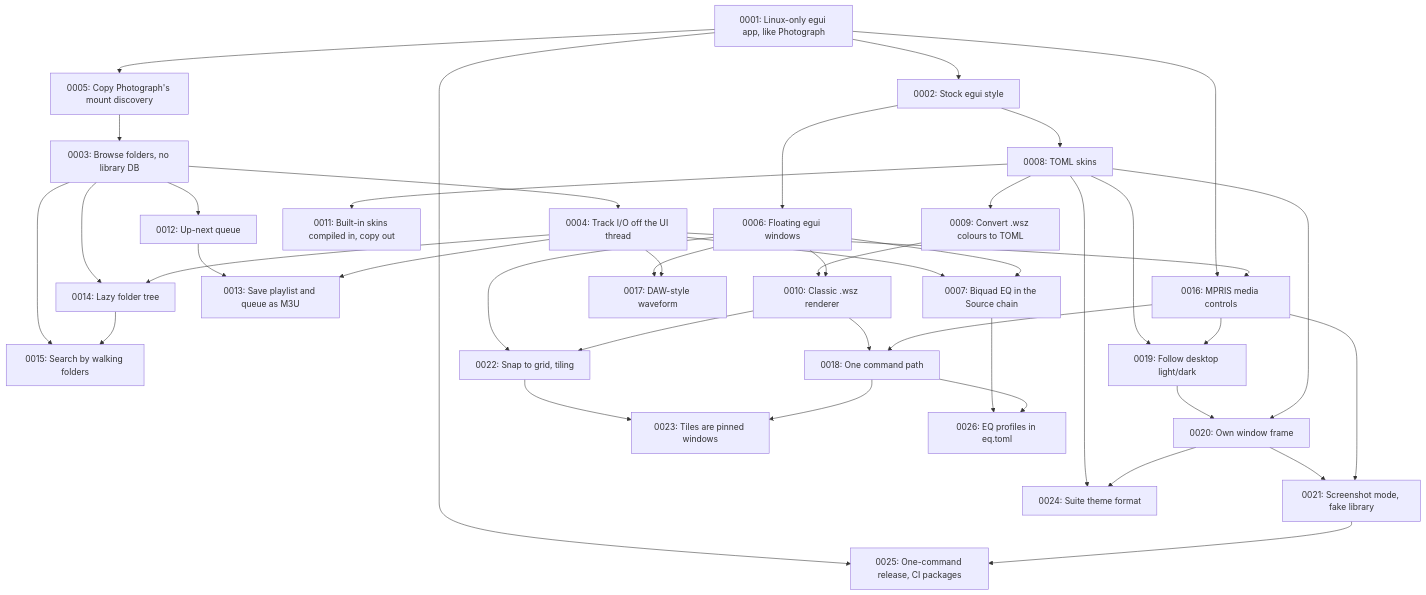
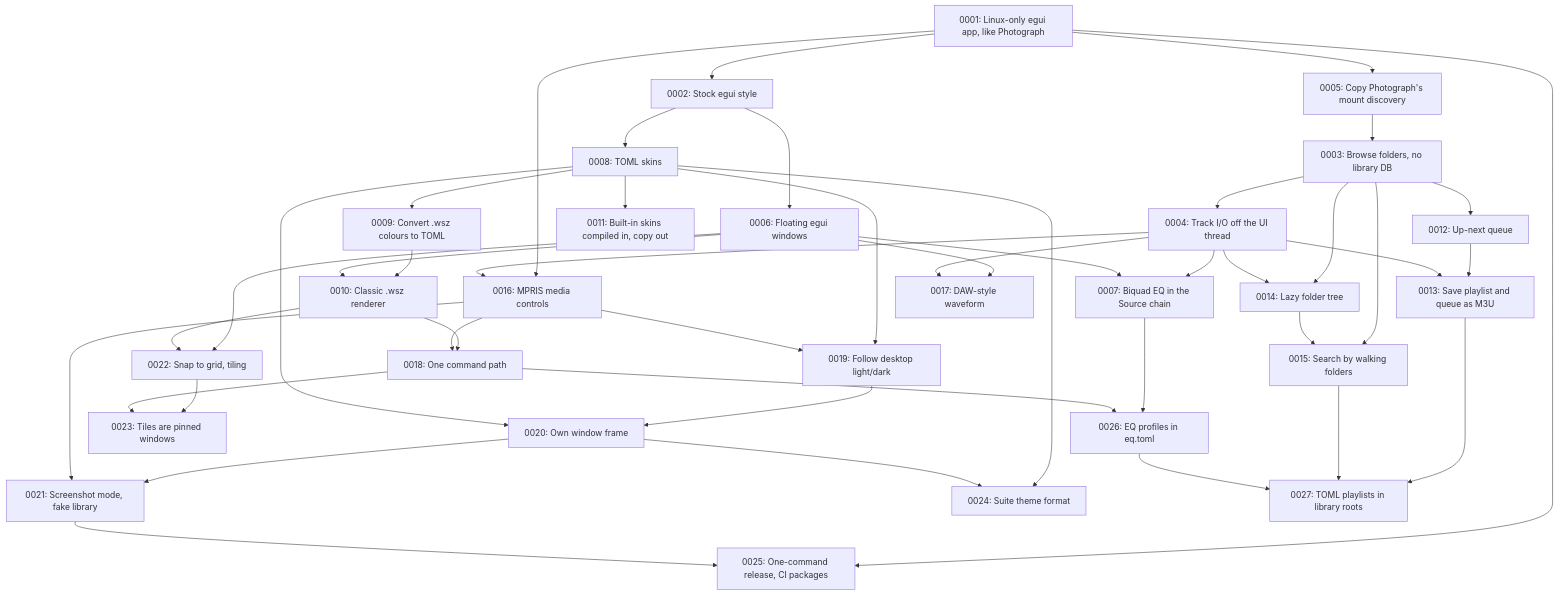
Before and after one commit to divanvisagie/UnAmp: the diagram in docs/adr/README.md, drawn with Mermaid. The commit also changed other lines of this file and 1 other file, not shown here.

Commit message:
Add ADR-0027: saved playlists as TOML in library roots

````diff
--- a/docs/adr/README.md
+++ b/docs/adr/README.md
@@ -72,44 +73,47 @@
 ```mermaid
 flowchart TD
     A[0001: Linux-only egui app, like Photograph] --> B[0002: Stock egui style]
     A --> E[0005: Copy Photograph's mount discovery]
     C[0003: Browse folders, no library DB] --> D[0004: Track I/O off the UI thread]
     E --> C
     B --> F[0006: Floating egui windows]
     D --> G[0007: Biquad EQ in the Source chain]
     F --> G
     B --> H[0008: TOML skins]
     H --> I[0009: Convert .wsz colours to TOML]
     I --> J[0010: Classic .wsz renderer]
     F --> J
     H --> K[0011: Built-in skins compiled in, copy out]
     C --> L[0012: Up-next queue]
     L --> M[0013: Save playlist and queue as M3U]
     D --> M
     C --> N[0014: Lazy folder tree]
     D --> N
     C --> O[0015: Search by walking folders]
     N --> O
     A --> P[0016: MPRIS media controls]
     D --> P
     F --> Q[0017: DAW-style waveform]
     D --> Q
     J --> R[0018: One command path]
     P --> R
     H --> S[0019: Follow desktop light/dark]
     P --> S
     S --> T[0020: Own window frame]
     H --> T
     T --> U[0021: Screenshot mode, fake library]
     P --> U
     F --> V[0022: Snap to grid, tiling]
     J --> V
     V --> W[0023: Tiles are pinned windows]
     R --> W
     H --> X[0024: Suite theme format]
     T --> X
     A --> Y[0025: One-command release, CI packages]
     U --> Y
     G --> Z[0026: EQ profiles in eq.toml]
     R --> Z
+    M --> AA[0027: TOML playlists in library roots]
+    O --> AA
+    Z --> AA
 ```
````
